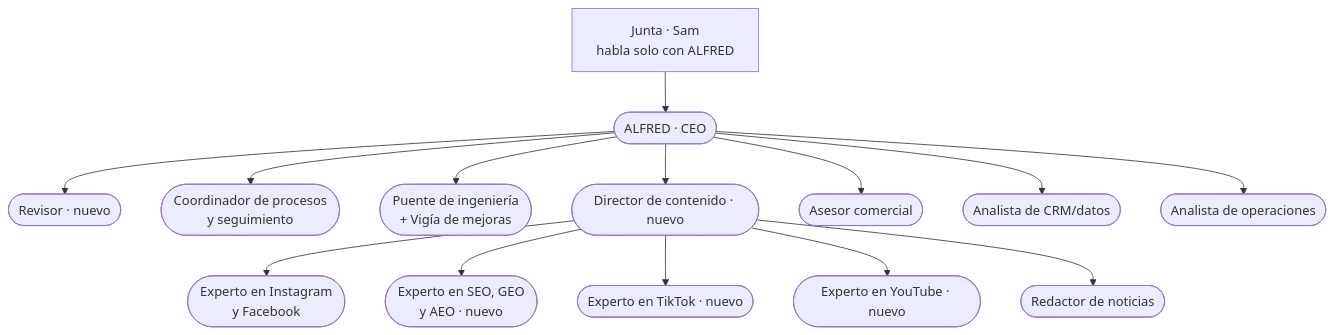
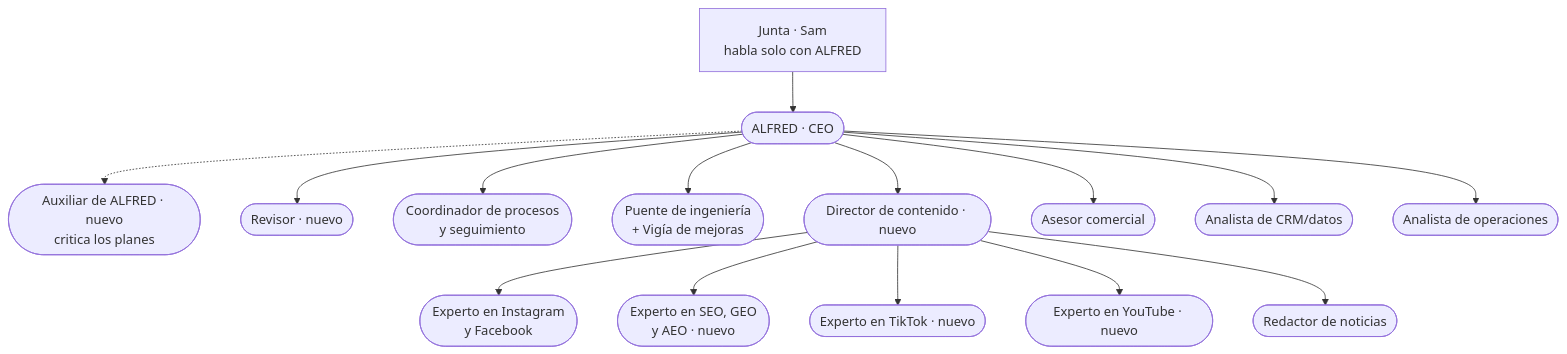
Before and after one commit to SoftAgentes/DTDCARGO: the fourth of 4 diagrams in docs/organizacion/organigrama-paperclip.md, drawn with Mermaid. The commit also changed other lines of this file and 6 other files, not shown here.

````diff
--- a/docs/organizacion/organigrama-paperclip.md
+++ b/docs/organizacion/organigrama-paperclip.md
@@ -1159,18 +1169,19 @@
 ```mermaid
 flowchart TD
   B["Junta · Sam<br/>habla solo con ALFRED"]
   CEO(["ALFRED · CEO"])
   B --> CEO
+  CEO -.-> AUX(["Auxiliar de ALFRED · nuevo<br/>critica los planes"])
   CEO --> REV(["Revisor · nuevo"])
   CEO --> COO(["Coordinador de procesos<br/>y seguimiento"])
   CEO --> ING(["Puente de ingeniería<br/>+ Vigía de mejoras"])
   CEO --> DC(["Director de contenido · nuevo"])
   CEO --> ASE(["Asesor comercial"])
   CEO --> CRM(["Analista de CRM/datos"])
   CEO --> OPE(["Analista de operaciones"])
   DC --> IG(["Experto en Instagram<br/>y Facebook"])
   DC --> SEO(["Experto en SEO, GEO<br/>y AEO · nuevo"])
   DC --> TT(["Experto en TikTok · nuevo"])
   DC --> YT(["Experto en YouTube · nuevo"])
   DC --> RED(["Redactor de noticias"])
 ```
````
